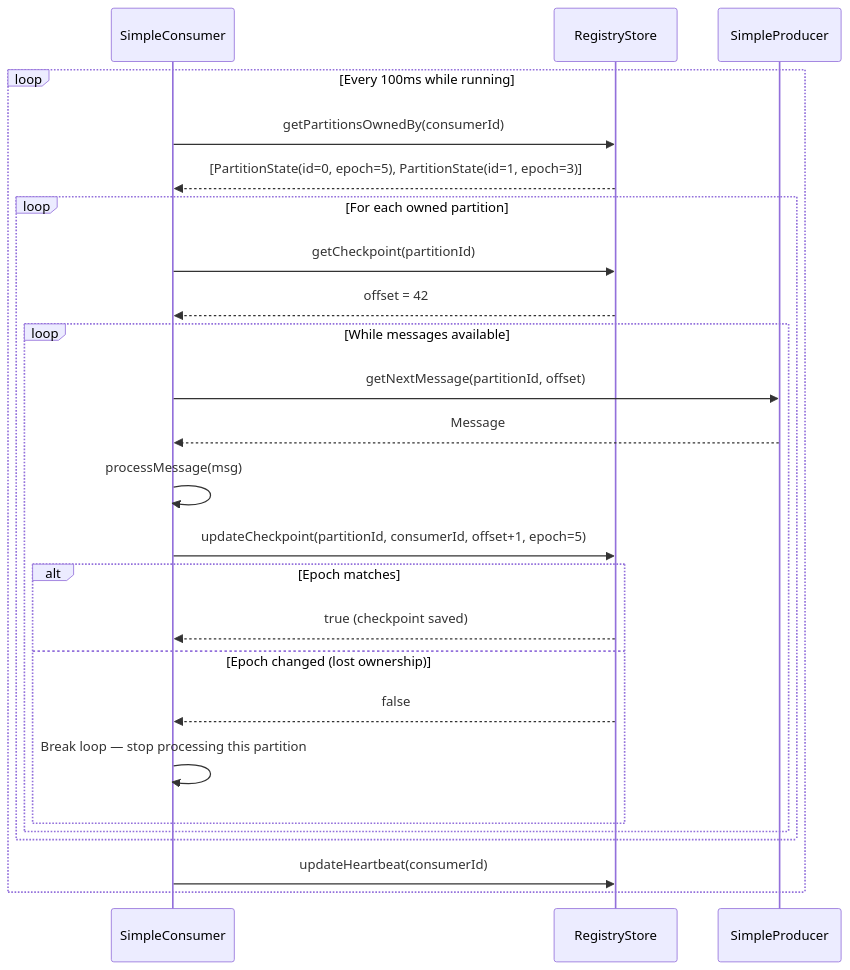
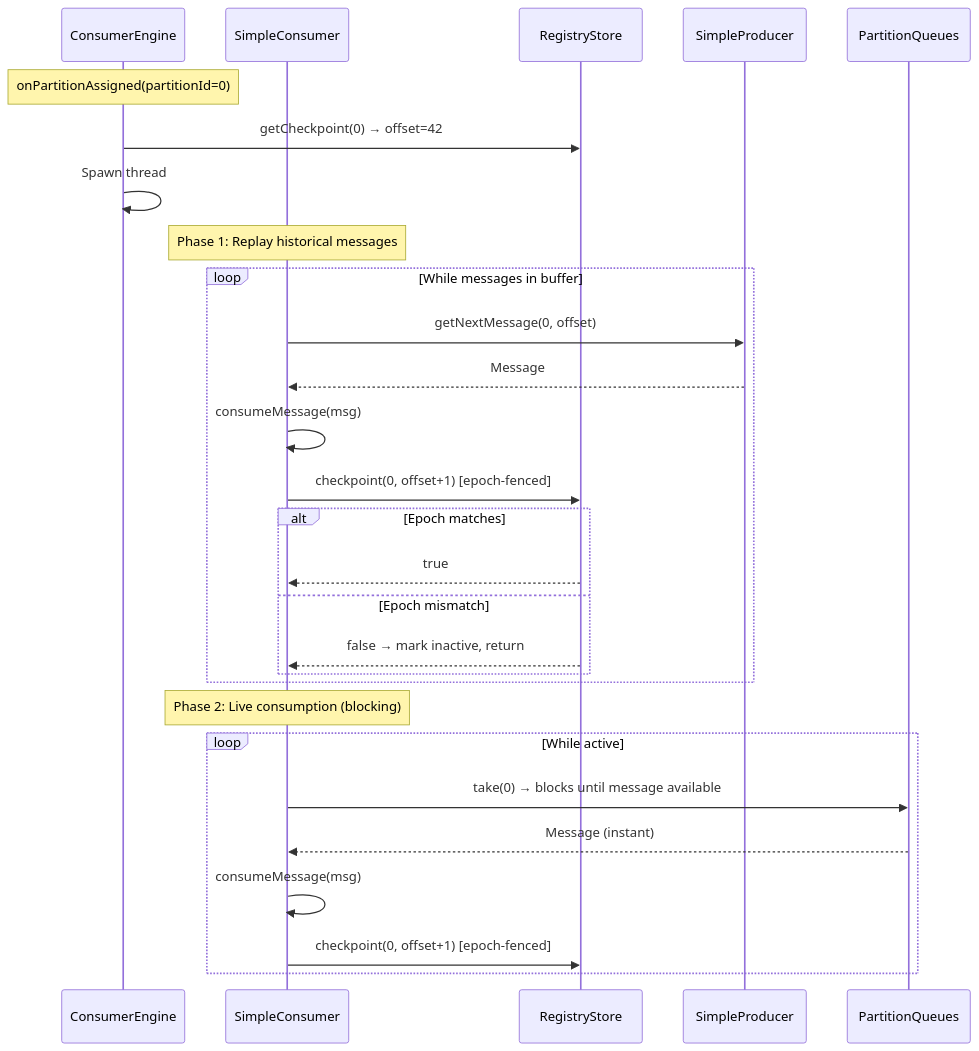
Before and after one commit to Prashant2603/pxrs: the third of 11 diagrams in README.md, drawn with Mermaid. The commit also changed other lines of this file and 23 other files, not shown here.

````diff
--- a/README.md
+++ b/README.md
@@ -147,31 +173,33 @@
 ```mermaid
 sequenceDiagram
+    participant CE as ConsumerEngine
     participant C as SimpleConsumer
     participant RS as RegistryStore
     participant P as SimpleProducer
+    participant PQ as PartitionQueues
 
-    loop Every 100ms while running
-        C->>RS: getPartitionsOwnedBy(consumerId)
-        RS-->>C: [PartitionState(id=0, epoch=5), PartitionState(id=1, epoch=3)]
+    Note over CE: onPartitionAssigned(partitionId=0)
+    CE->>RS: getCheckpoint(0) → offset=42
+    CE->>CE: Spawn thread
 
-        loop For each owned partition
-            C->>RS: getCheckpoint(partitionId)
-            RS-->>C: offset = 42
+    Note over C: Phase 1: Replay historical messages
+    loop While messages in buffer
+        C->>P: getNextMessage(0, offset)
+        P-->>C: Message
+        C->>C: consumeMessage(msg)
+        C->>RS: checkpoint(0, offset+1) [epoch-fenced]
+        alt Epoch matches
+            RS-->>C: true
+        else Epoch mismatch
+            RS-->>C: false → mark inactive, return
+        end
+    end
 
-            loop While messages available
-                C->>P: getNextMessage(partitionId, offset)
-                P-->>C: Message
-                C->>C: processMessage(msg)
-                C->>RS: updateCheckpoint(partitionId, consumerId, offset+1, epoch=5)
-                alt Epoch matches
-                    RS-->>C: true (checkpoint saved)
-                else Epoch changed (lost ownership)
-                    RS-->>C: false
-                    C->>C: Break loop — stop processing this partition
-                end
-            end
-        end
-
-        C->>RS: updateHeartbeat(consumerId)
+    Note over C: Phase 2: Live consumption (blocking)
+    loop While active
+        C->>PQ: take(0) → blocks until message available
+        PQ-->>C: Message (instant)
+        C->>C: consumeMessage(msg)
+        C->>RS: checkpoint(0, offset+1) [epoch-fenced]
     end
 ```
````
